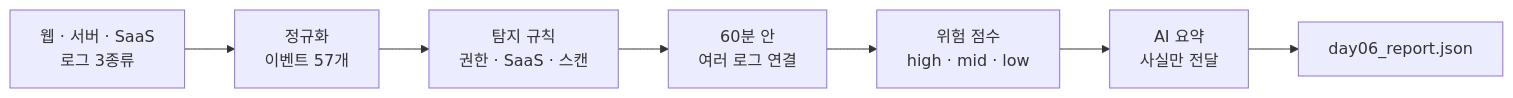
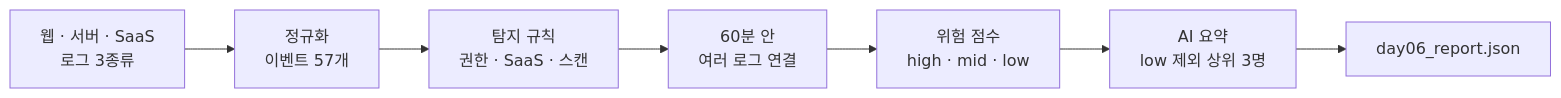
Before and after one commit to mdkk0220/security-agent-toolkit: the diagram in anomaly_detection_4/README.md, drawn with Mermaid. The commit also changed other lines of this file and 2 other files, not shown here.

````diff
--- a/anomaly_detection_4/README.md
+++ b/anomaly_detection_4/README.md
@@ -7,9 +7,9 @@
 ```mermaid
 flowchart LR
     A["웹 · 서버 · SaaS<br/>로그 3종류"] --> B["정규화<br/>이벤트 57개"]
     B --> C["탐지 규칙<br/>권한 · SaaS · 스캔"]
     C --> D["60분 안<br/>여러 로그 연결"]
     D --> E["위험 점수<br/>high · mid · low"]
-    E --> F["AI 요약<br/>사실만 전달"]
+    E --> F["AI 요약<br/>low 제외 상위 3명"]
     F --> G["day06_report.json"]
 ```
````
